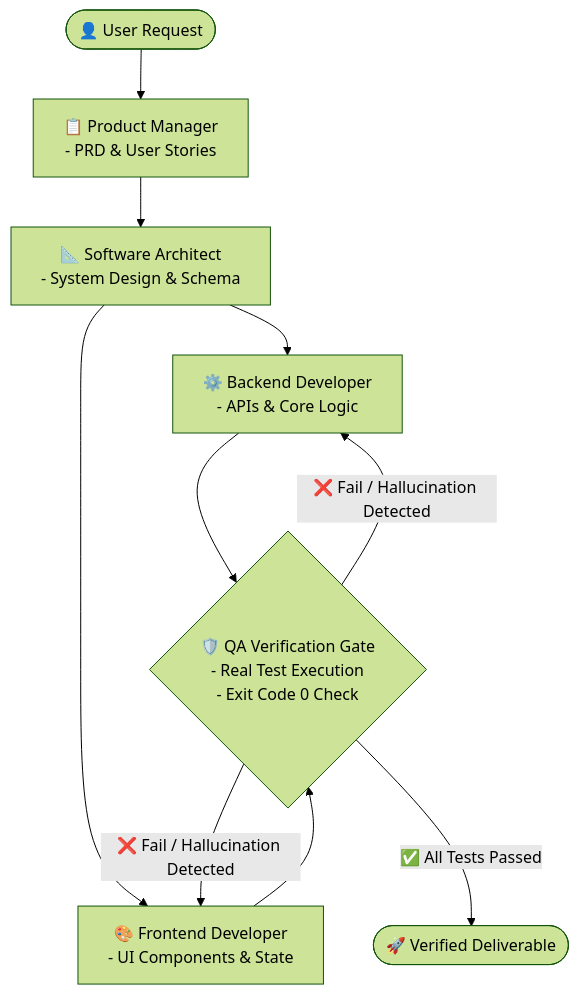
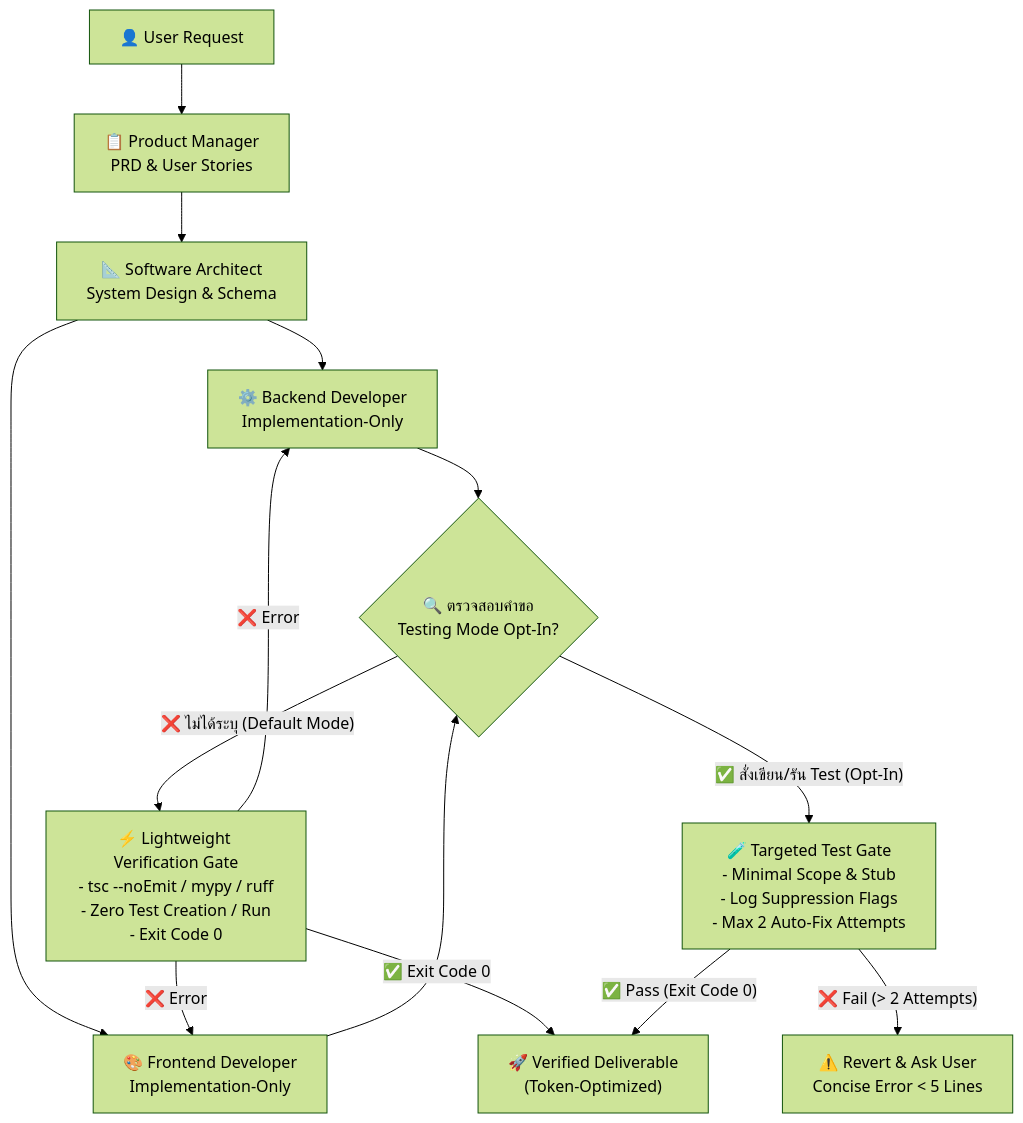
The diagram in README.md (deawpic/TeamAgents), drawn with Mermaid (forest theme) before and after one commit. The commit also changed other lines of this file and 6 other files, not shown here.

Commit message:
feat: integrate strict token optimization and test control policy into agent harness

````diff
--- a/README.md
+++ b/README.md
@@ -46,12 +83,19 @@
 ```mermaid
 flowchart TD
-    User([👤 User Request]) --> PM[📋 Product Manager\n- PRD & User Stories]
-    PM --> Arch[📐 Software Architect\n- System Design & Schema]
-    Arch --> BE[⚙️ Backend Developer\n- APIs & Core Logic]
-    Arch --> FE[🎨 Frontend Developer\n- UI Components & State]
-    BE --> Gate{🛡️ QA Verification Gate\n- Real Test Execution\n- Exit Code 0 Check}
-    FE --> Gate
-    Gate -- ❌ Fail / Hallucination Detected --> BE
-    Gate -- ❌ Fail / Hallucination Detected --> FE
-    Gate -- ✅ All Tests Passed --> Output([🚀 Verified Deliverable])
+    User["👤 User Request"] --> PM["📋 Product Manager<br/>PRD & User Stories"]
+    PM --> Arch["📐 Software Architect<br/>System Design & Schema"]
+    Arch --> BE["⚙️ Backend Developer<br/>Implementation-Only"]
+    Arch --> FE["🎨 Frontend Developer<br/>Implementation-Only"]
+    BE --> ModeDecision{"🔍 ตรวจสอบคำขอ<br/>Testing Mode Opt-In?"}
+    FE --> ModeDecision
+
+    ModeDecision -- "❌ ไม่ได้ระบุ (Default Mode)" --> FastGate["⚡ Lightweight Verification Gate<br/>- tsc --noEmit / mypy / ruff<br/>- Zero Test Creation / Run<br/>- Exit Code 0"]
+    ModeDecision -- "✅ สั่งเขียน/รัน Test (Opt-In)" --> TestGate["🧪 Targeted Test Gate<br/>- Minimal Scope & Stub<br/>- Log Suppression Flags<br/>- Max 2 Auto-Fix Attempts"]
+
+    FastGate -- "❌ Error" --> BE
+    FastGate -- "❌ Error" --> FE
+    FastGate -- "✅ Exit Code 0" --> Done["🚀 Verified Deliverable<br/>(Token-Optimized)"]
+
+    TestGate -- "❌ Fail (> 2 Attempts)" --> Escalate["⚠️ Revert & Ask User<br/>Concise Error &lt; 5 Lines"]
+    TestGate -- "✅ Pass (Exit Code 0)" --> Done
 ```
````
